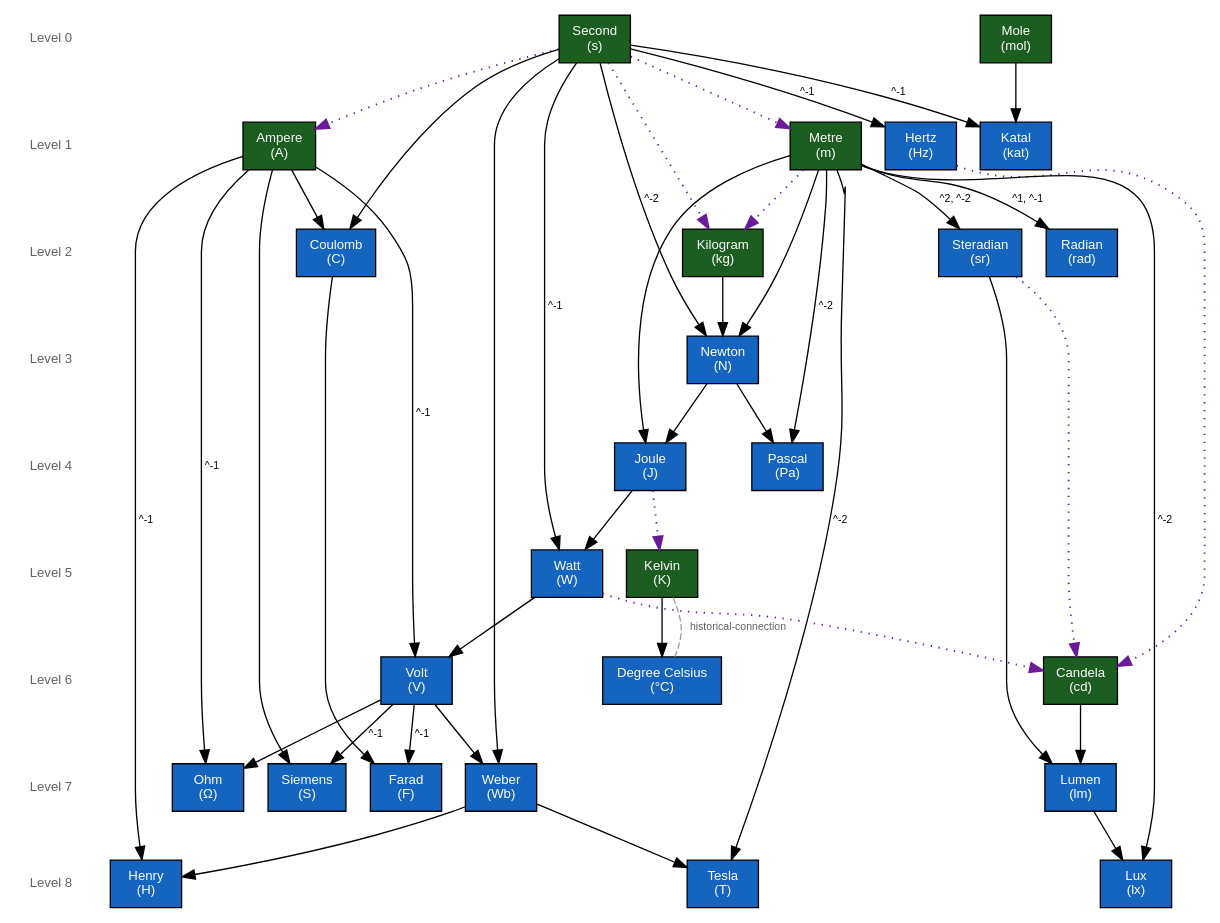
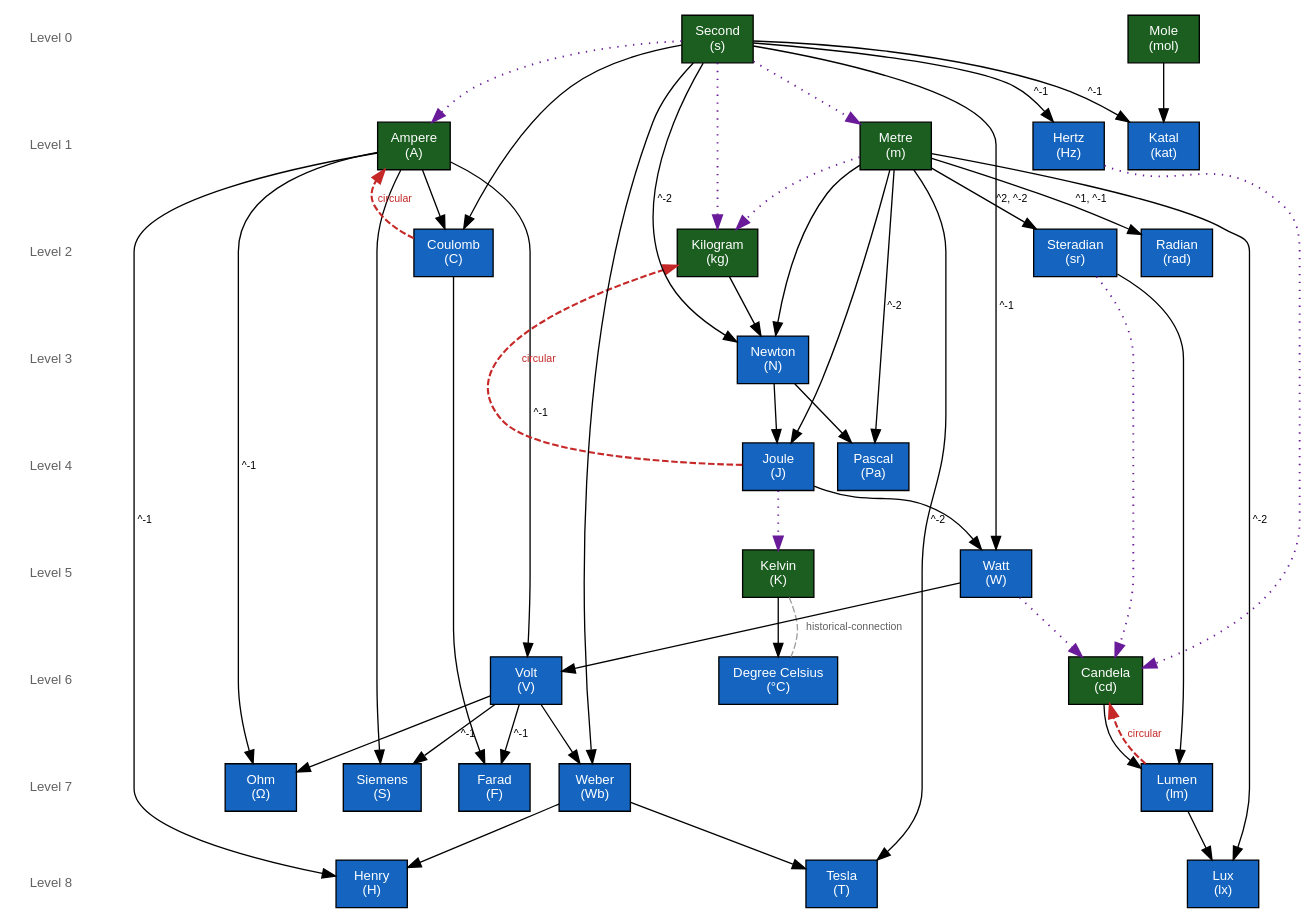
One commit to ElliotScher/Metrology changed the diagram in output/graph.dot. Above: the diagram before and after it, drawn with Graphviz. The commit also changed 10 other files, not shown here.

```diff
--- a/output/graph.dot
+++ b/output/graph.dot
@@ -1,101 +1,104 @@
 digraph metrology {
   rankdir="TB";
   node [shape=box, style=filled, fontname="Helvetica", fontsize=10];
   edge [fontname="Helvetica", fontsize=8];
   "level-0" [label="Level 0", shape=plaintext, style="", fontcolor="#616161"];
   "level-1" [label="Level 1", shape=plaintext, style="", fontcolor="#616161"];
   "level-2" [label="Level 2", shape=plaintext, style="", fontcolor="#616161"];
   "level-3" [label="Level 3", shape=plaintext, style="", fontcolor="#616161"];
   "level-4" [label="Level 4", shape=plaintext, style="", fontcolor="#616161"];
   "level-5" [label="Level 5", shape=plaintext, style="", fontcolor="#616161"];
   "level-6" [label="Level 6", shape=plaintext, style="", fontcolor="#616161"];
   "level-7" [label="Level 7", shape=plaintext, style="", fontcolor="#616161"];
   "level-8" [label="Level 8", shape=plaintext, style="", fontcolor="#616161"];
   "level-0" -> "level-1" [style=invis, weight=100];
   "level-1" -> "level-2" [style=invis, weight=100];
   "level-2" -> "level-3" [style=invis, weight=100];
   "level-3" -> "level-4" [style=invis, weight=100];
   "level-4" -> "level-5" [style=invis, weight=100];
   "level-5" -> "level-6" [style=invis, weight=100];
   "level-6" -> "level-7" [style=invis, weight=100];
   "level-7" -> "level-8" [style=invis, weight=100];
   "ampere" [label="Ampere\n(A)", fillcolor="#1b5e20", fontcolor="white"];
   "candela" [label="Candela\n(cd)", fillcolor="#1b5e20", fontcolor="white"];
   "celsius" [label="Degree Celsius\n(°C)", fillcolor="#1565c0", fontcolor="white"];
   "coulomb" [label="Coulomb\n(C)", fillcolor="#1565c0", fontcolor="white"];
   "farad" [label="Farad\n(F)", fillcolor="#1565c0", fontcolor="white"];
   "henry" [label="Henry\n(H)", fillcolor="#1565c0", fontcolor="white"];
   "hertz" [label="Hertz\n(Hz)", fillcolor="#1565c0", fontcolor="white"];
   "joule" [label="Joule\n(J)", fillcolor="#1565c0", fontcolor="white"];
   "katal" [label="Katal\n(kat)", fillcolor="#1565c0", fontcolor="white"];
   "kelvin" [label="Kelvin\n(K)", fillcolor="#1b5e20", fontcolor="white"];
   "kilogram" [label="Kilogram\n(kg)", fillcolor="#1b5e20", fontcolor="white"];
   "lumen" [label="Lumen\n(lm)", fillcolor="#1565c0", fontcolor="white"];
   "lux" [label="Lux\n(lx)", fillcolor="#1565c0", fontcolor="white"];
   "metre" [label="Metre\n(m)", fillcolor="#1b5e20", fontcolor="white"];
   "mole" [label="Mole\n(mol)", fillcolor="#1b5e20", fontcolor="white"];
   "newton" [label="Newton\n(N)", fillcolor="#1565c0", fontcolor="white"];
   "ohm" [label="Ohm\n(Ω)", fillcolor="#1565c0", fontcolor="white"];
   "pascal" [label="Pascal\n(Pa)", fillcolor="#1565c0", fontcolor="white"];
   "radian" [label="Radian\n(rad)", fillcolor="#1565c0", fontcolor="white"];
   "second" [label="Second\n(s)", fillcolor="#1b5e20", fontcolor="white"];
   "siemens" [label="Siemens\n(S)", fillcolor="#1565c0", fontcolor="white"];
   "steradian" [label="Steradian\n(sr)", fillcolor="#1565c0", fontcolor="white"];
   "tesla" [label="Tesla\n(T)", fillcolor="#1565c0", fontcolor="white"];
   "volt" [label="Volt\n(V)", fillcolor="#1565c0", fontcolor="white"];
   "watt" [label="Watt\n(W)", fillcolor="#1565c0", fontcolor="white"];
   "weber" [label="Weber\n(Wb)", fillcolor="#1565c0", fontcolor="white"];
   { rank=same; "level-0"; "second"; "mole"; }
   { rank=same; "level-1"; "ampere"; "hertz"; "metre"; "katal"; }
   { rank=same; "level-2"; "kilogram"; "steradian"; "coulomb"; "radian"; }
   { rank=same; "level-3"; "newton"; }
   { rank=same; "level-4"; "joule"; "pascal"; }
   { rank=same; "level-5"; "watt"; "kelvin"; }
   { rank=same; "level-6"; "candela"; "celsius"; "volt"; }
   { rank=same; "level-7"; "farad"; "weber"; "lumen"; "ohm"; "siemens"; }
   { rank=same; "level-8"; "henry"; "lux"; "tesla"; }
   "second" -> "ampere" [style=dotted, color="#6a1b9a", penwidth=1.4];
+  "coulomb" -> "ampere" [constraint=false, style=dashed, color="#c62828", fontcolor="#c62828", penwidth=1.6, label="circular"];
   "hertz" -> "candela" [style=dotted, color="#6a1b9a", penwidth=1.4];
   "watt" -> "candela" [style=dotted, color="#6a1b9a", penwidth=1.4];
   "steradian" -> "candela" [style=dotted, color="#6a1b9a", penwidth=1.4];
+  "lumen" -> "candela" [constraint=false, style=dashed, color="#c62828", fontcolor="#c62828", penwidth=1.6, label="circular"];
   "kelvin" -> "celsius" [label=""];
   "ampere" -> "coulomb" [label=""];
   "second" -> "coulomb" [label=""];
   "coulomb" -> "farad" [label=""];
   "volt" -> "farad" [label="^-1"];
   "weber" -> "henry" [label=""];
   "ampere" -> "henry" [label="^-1"];
   "second" -> "hertz" [label="^-1"];
   "newton" -> "joule" [label=""];
   "metre" -> "joule" [label=""];
   "mole" -> "katal" [label=""];
   "second" -> "katal" [label="^-1"];
   "joule" -> "kelvin" [style=dotted, color="#6a1b9a", penwidth=1.4];
   "metre" -> "kilogram" [style=dotted, color="#6a1b9a", penwidth=1.4];
   "second" -> "kilogram" [style=dotted, color="#6a1b9a", penwidth=1.4];
+  "joule" -> "kilogram" [constraint=false, style=dashed, color="#c62828", fontcolor="#c62828", penwidth=1.6, label="circular"];
   "candela" -> "lumen" [label=""];
   "steradian" -> "lumen" [label=""];
   "lumen" -> "lux" [label=""];
   "metre" -> "lux" [label="^-2"];
   "second" -> "metre" [style=dotted, color="#6a1b9a", penwidth=1.4];
   "kilogram" -> "newton" [label=""];
   "metre" -> "newton" [label=""];
   "second" -> "newton" [label="^-2"];
   "volt" -> "ohm" [label=""];
   "ampere" -> "ohm" [label="^-1"];
   "newton" -> "pascal" [label=""];
   "metre" -> "pascal" [label="^-2"];
   "metre" -> "radian" [label="^1, ^-1"];
   "ampere" -> "siemens" [label=""];
   "volt" -> "siemens" [label="^-1"];
   "metre" -> "steradian" [label="^2, ^-2"];
   "weber" -> "tesla" [label=""];
   "metre" -> "tesla" [label="^-2"];
   "watt" -> "volt" [label=""];
   "ampere" -> "volt" [label="^-1"];
   "joule" -> "watt" [label=""];
   "second" -> "watt" [label="^-1"];
   "volt" -> "weber" [label=""];
   "second" -> "weber" [label=""];
   "kelvin" -> "celsius" [dir=none, constraint=false, style=dashed, color="#9e9e9e", fontcolor="#616161", label="historical-connection"];
 }
```
